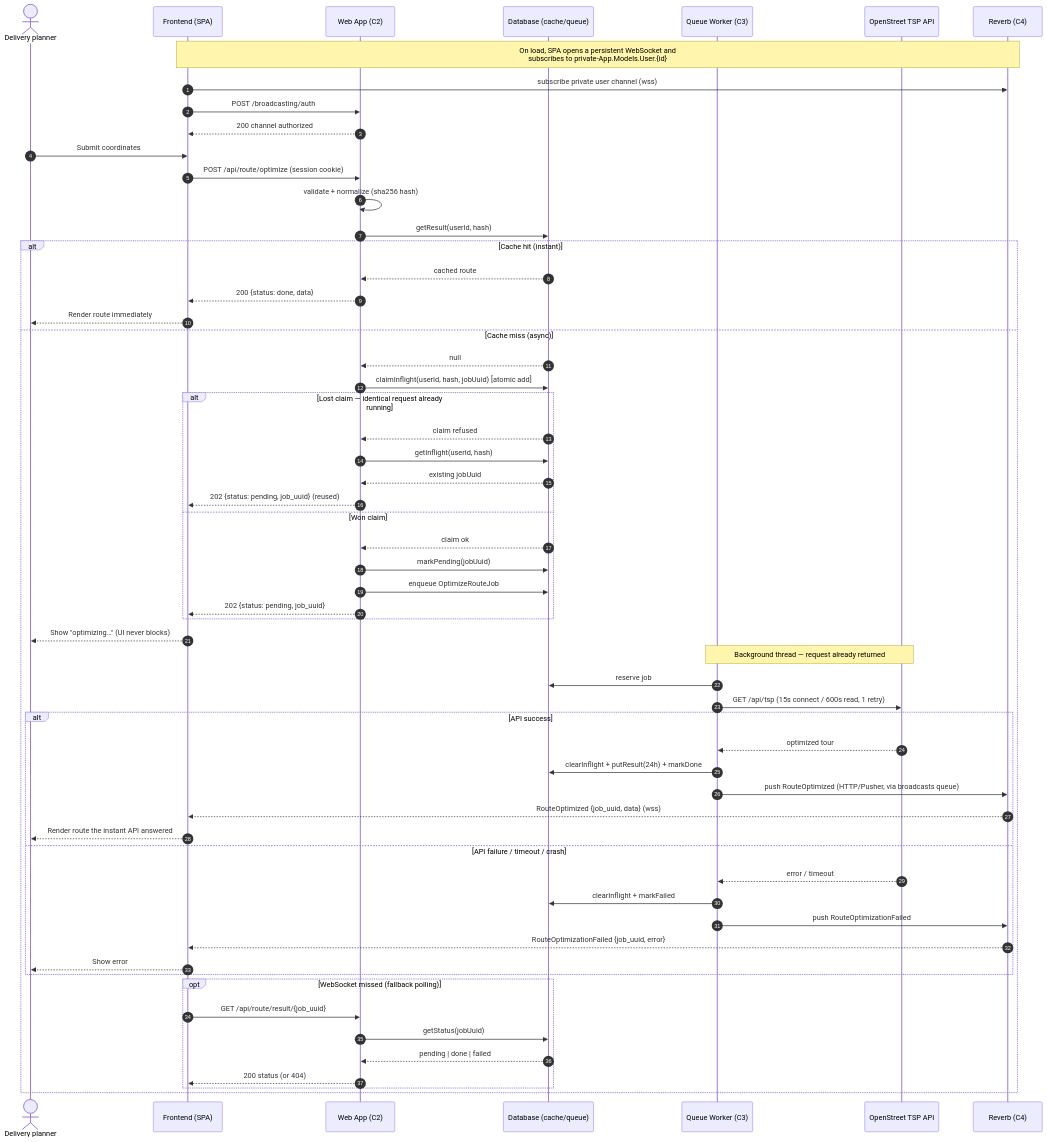
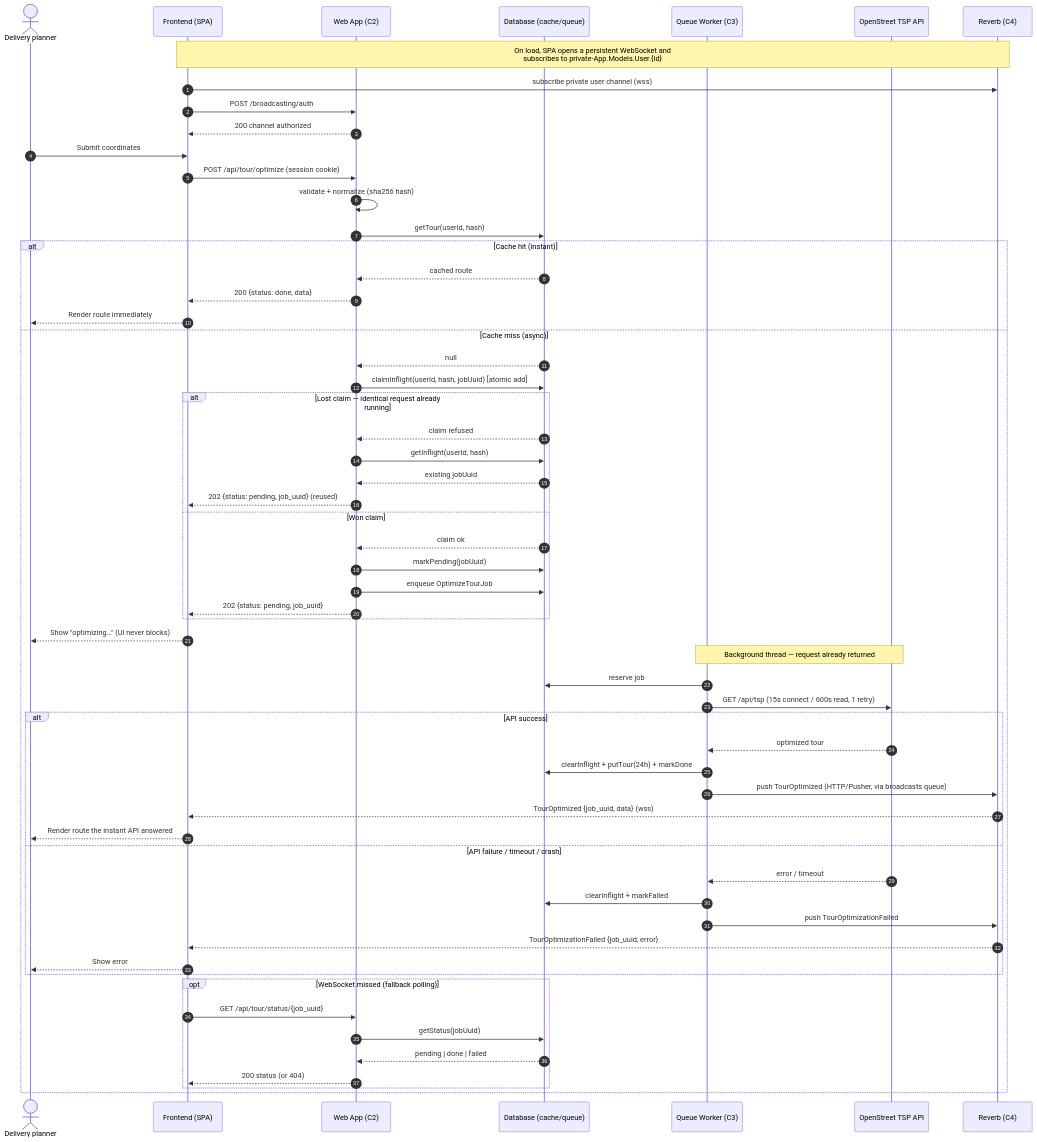
One commit to Bruoche/optistock changed the diagram in specs/001-delivery-route-optimization/_seq.mmd. Above: the diagram before and after it, drawn with Mermaid. The commit also changed 23 other files, not shown here.

Commit message:
Renaming ambiguous "Route" by more explicit "Tour"

```diff
--- a/specs/001-delivery-route-optimization/_seq.mmd
+++ b/specs/001-delivery-route-optimization/_seq.mmd
@@ -1,65 +1,65 @@
 sequenceDiagram
     autonumber
     actor U as Delivery planner
     participant F as Frontend (SPA)
     participant W as Web App (C2)
     participant DB as Database (cache/queue)
     participant Q as Queue Worker (C3)
     participant API as OpenStreet TSP API
     participant WS as Reverb (C4)
 
     Note over F,WS: On load, SPA opens a persistent WebSocket and<br/>subscribes to private-App.Models.User.{id}
     F->>WS: subscribe private user channel (wss)
     F->>W: POST /broadcasting/auth
     W-->>F: 200 channel authorized
 
     U->>F: Submit coordinates
-    F->>W: POST /api/route/optimize (session cookie)
+    F->>W: POST /api/tour/optimize (session cookie)
     W->>W: validate + normalize (sha256 hash)
-    W->>DB: getResult(userId, hash)
+    W->>DB: getTour(userId, hash)
 
     alt Cache hit (instant)
         DB-->>W: cached route
         W-->>F: 200 {status: done, data}
         F-->>U: Render route immediately
     else Cache miss (async)
         DB-->>W: null
         W->>DB: claimInflight(userId, hash, jobUuid) [atomic add]
         alt Lost claim — identical request already running
             DB-->>W: claim refused
             W->>DB: getInflight(userId, hash)
             DB-->>W: existing jobUuid
             W-->>F: 202 {status: pending, job_uuid} (reused)
         else Won claim
             DB-->>W: claim ok
             W->>DB: markPending(jobUuid)
-            W->>DB: enqueue OptimizeRouteJob
+            W->>DB: enqueue OptimizeTourJob
             W-->>F: 202 {status: pending, job_uuid}
         end
         F-->>U: Show "optimizing…" (UI never blocks)
 
         Note over Q,API: Background thread — request already returned
         Q->>DB: reserve job
         Q->>API: GET /api/tsp (15s connect / 600s read, 1 retry)
 
         alt API success
             API-->>Q: optimized tour
-            Q->>DB: clearInflight + putResult(24h) + markDone
-            Q->>WS: push RouteOptimized (HTTP/Pusher, via broadcasts queue)
-            WS-->>F: RouteOptimized {job_uuid, data} (wss)
+            Q->>DB: clearInflight + putTour(24h) + markDone
+            Q->>WS: push TourOptimized (HTTP/Pusher, via broadcasts queue)
+            WS-->>F: TourOptimized {job_uuid, data} (wss)
             F-->>U: Render route the instant API answered
         else API failure / timeout / crash
             API-->>Q: error / timeout
             Q->>DB: clearInflight + markFailed
-            Q->>WS: push RouteOptimizationFailed
-            WS-->>F: RouteOptimizationFailed {job_uuid, error}
+            Q->>WS: push TourOptimizationFailed
+            WS-->>F: TourOptimizationFailed {job_uuid, error}
             F-->>U: Show error
         end
 
         opt WebSocket missed (fallback polling)
-            F->>W: GET /api/route/result/{job_uuid}
+            F->>W: GET /api/tour/status/{job_uuid}
             W->>DB: getStatus(jobUuid)
             DB-->>W: pending | done | failed
             W-->>F: 200 status (or 404)
         end
     end
```
